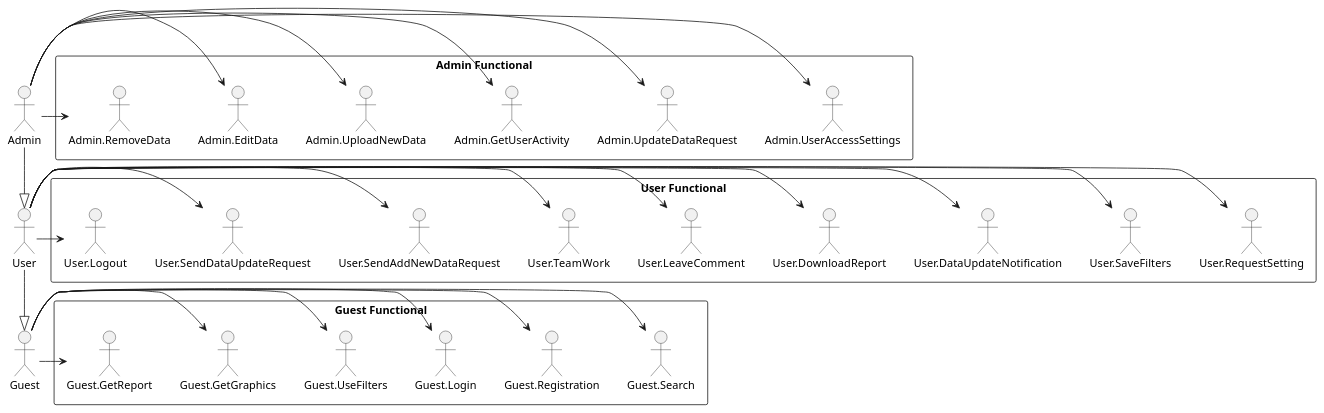
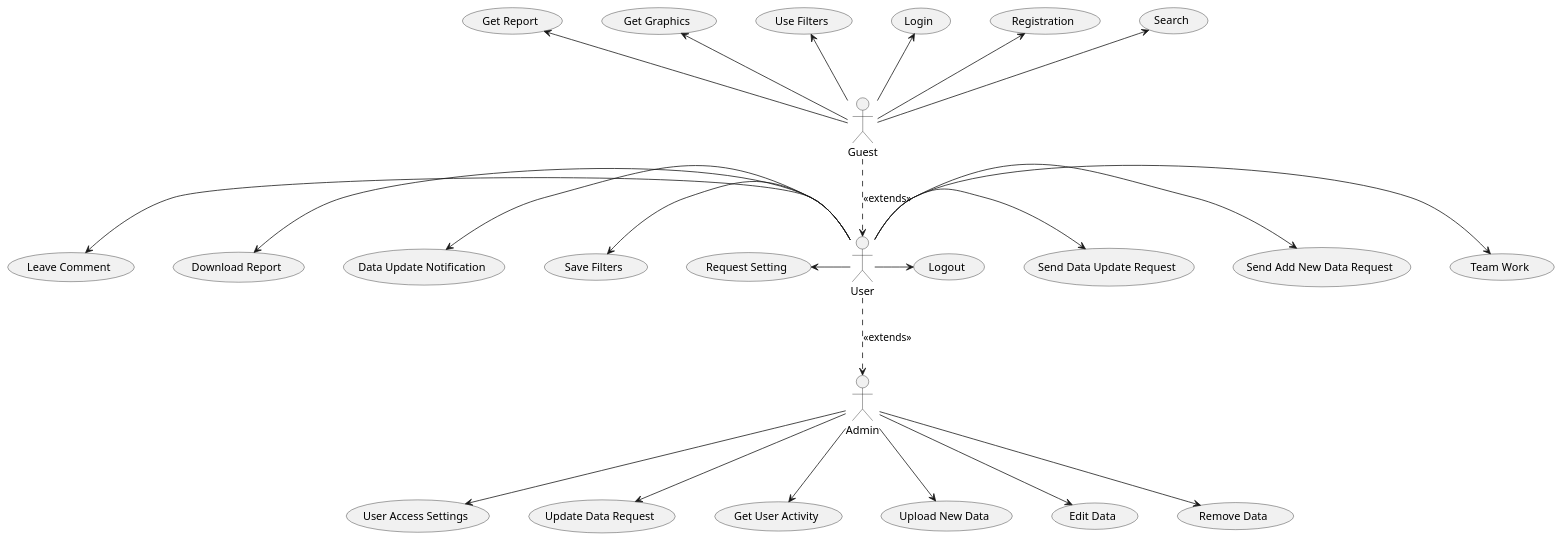
The first of 25 diagrams in docs/use cases/README.md (panther21Lw/db_labs_io31), drawn with PlantUML before and after one commit. The commit also changed other lines of this file, not shown here.

Commit message:
Fix model diagram. Add diagrams for all actors. Change content list

```diff
--- a/docs/use cases/README.md
+++ b/docs/use cases/README.md
@@ -29,41 +36,62 @@
 @startuml
+
+    skinparam monochrome true
+    skinparam ranksep 80
+    skinparam nodesep 50
 
     actor Guest
     actor User
     actor Admin
     
-    rectangle "Guest Functional" {
-    Guest -> Guest.Search
-    Guest -> Guest.Registration
-    Guest -> Guest.Login
-    Guest -> Guest.UseFilters
-    Guest -> Guest.GetGraphics
-    Guest -> Guest.GetReport
-    }
+    Guest .down.> User : <<extends>>
+    User .down.> Admin : <<extends>>
     
-    rectangle "User Functional" {
-    User -> User.RequestSetting
-    User -> User.SaveFilters
-    User -> User.DataUpdateNotification
-    User -> User.DownloadReport
-    User -> User.LeaveComment
-    User -> User.TeamWork
-    User -> User.SendAddNewDataRequest
-    User -> User.SendDataUpdateRequest
-    User -> User.Logout
-    }
+    usecase "Search" as GSearch
+    usecase "Registration" as GRegistration
+    usecase "Login" as GLogin
+    usecase "Use Filters" as GUseFilters
+    usecase "Get Graphics" as GGetGraphics
+    usecase "Get Report" as GGetReport
     
-    rectangle "Admin Functional" {
-    Admin -> Admin.UserAccessSettings
-    Admin -> Admin.UpdateDataRequest
-    Admin -> Admin.GetUserActivity
-    Admin -> Admin.UploadNewData
-    Admin -> Admin.EditData
-    Admin -> Admin.RemoveData
-    }
+    usecase "Request Setting" as URequestSetting
+    usecase "Save Filters" as USaveFilters
+    usecase "Data Update Notification" as UDataUpdateNotification
+    usecase "Download Report" as UDownloadReport
+    usecase "Leave Comment" as ULeaveComment
+    usecase "Team Work" as UTeamWork
+    usecase "Send Add New Data Request" as USendAddNewDataRequest
+    usecase "Send Data Update Request" as USendDataUpdateRequest
+    usecase "Logout" as ULogout
     
-    ' Наследование
-    User -d-|> Guest
-    Admin -d-|> User
+    usecase "User Access Settings" as AUserAccessSettings
+    usecase "Update Data Request" as AUpdateDataRequest
+    usecase "Get User Activity" as AGetUserActivity
+    usecase "Upload New Data" as AUploadNewData
+    usecase "Edit Data" as AEditData
+    usecase "Remove Data" as ARemoveData
+    
+    Guest -up-> GSearch
+    Guest -up-> GRegistration
+    Guest -up-> GLogin
+    Guest -up-> GUseFilters
+    Guest -up-> GGetGraphics
+    Guest -up-> GGetReport
+    
+    User -left-> URequestSetting
+    User -left-> USaveFilters
+    User -left-> UDataUpdateNotification
+    User -left-> UDownloadReport
+    User -left-> ULeaveComment
+    User -right-> UTeamWork
+    User -right-> USendAddNewDataRequest
+    User -right-> USendDataUpdateRequest
+    User -right-> ULogout
+    
+    Admin -down-> AUserAccessSettings
+    Admin -down-> AUpdateDataRequest
+    Admin -down-> AGetUserActivity
+    Admin -down-> AUploadNewData
+    Admin -down-> AEditData
+    Admin -down-> ARemoveData
 
 @enduml
```
